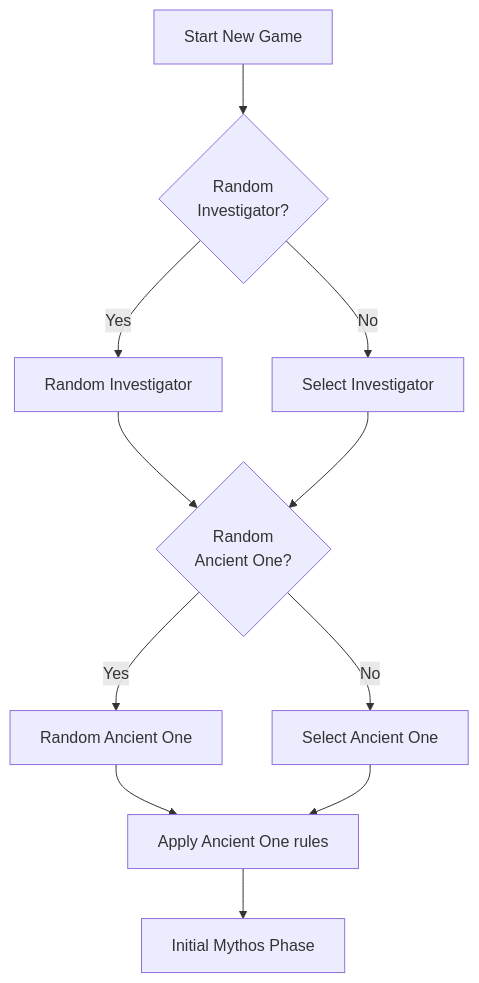
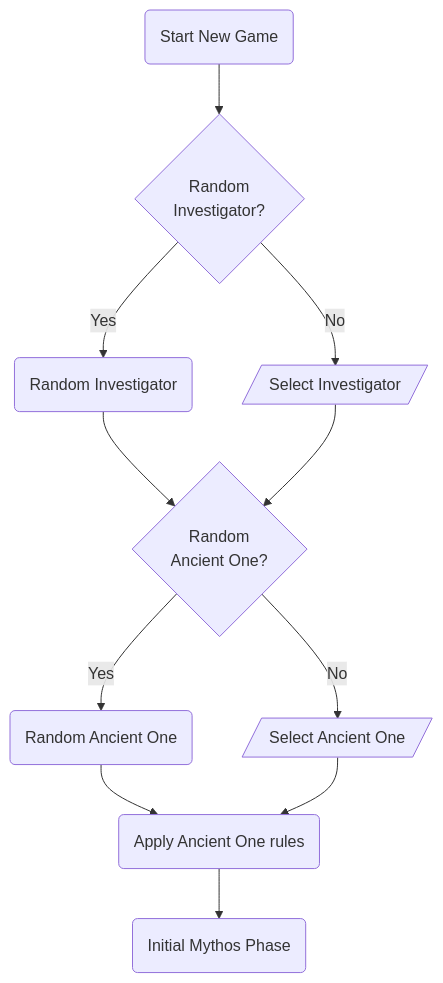
The diagram in game_flow/setup.md (pearsewalters/adventures_in_arkham_v0.3.0), drawn with Mermaid before and after one commit. The commit also changed 3 other files, not shown here.

````diff
--- a/game_flow/setup.md
+++ b/game_flow/setup.md
@@ -1,17 +1,16 @@
 ```mermaid
 flowchart TD
-
-    start[Start New Game] 
+    start(Start New Game) 
         --> investigator_select{Random\nInvestigator?} 
-        --> |Yes| rand_investigator[Random Investigator] 
+        --> |Yes| rand_investigator(Random Investigator) 
         --> ancient_one_select{Random\nAncient One?}
-        --> |Yes| rand_AO[Random Ancient One]
-        --> apply_AO_transforms[Apply Ancient One rules]
-        --> E[Initial Mythos Phase]
+        --> |Yes| rand_AO(Random Ancient One)
+        --> apply_AO_transforms(Apply Ancient One rules)
+        --> E(Initial Mythos Phase)
     investigator_select 
-        -->|No| choose_invstigator[Select Investigator]
+        -->|No| choose_invstigator[/Select Investigator/]
         --> ancient_one_select
     ancient_one_select
-        -->|No| choose_AO[Select Ancient One]
+        -->|No| choose_AO[/Select Ancient One/]
         --> apply_AO_transforms
 ```
````
